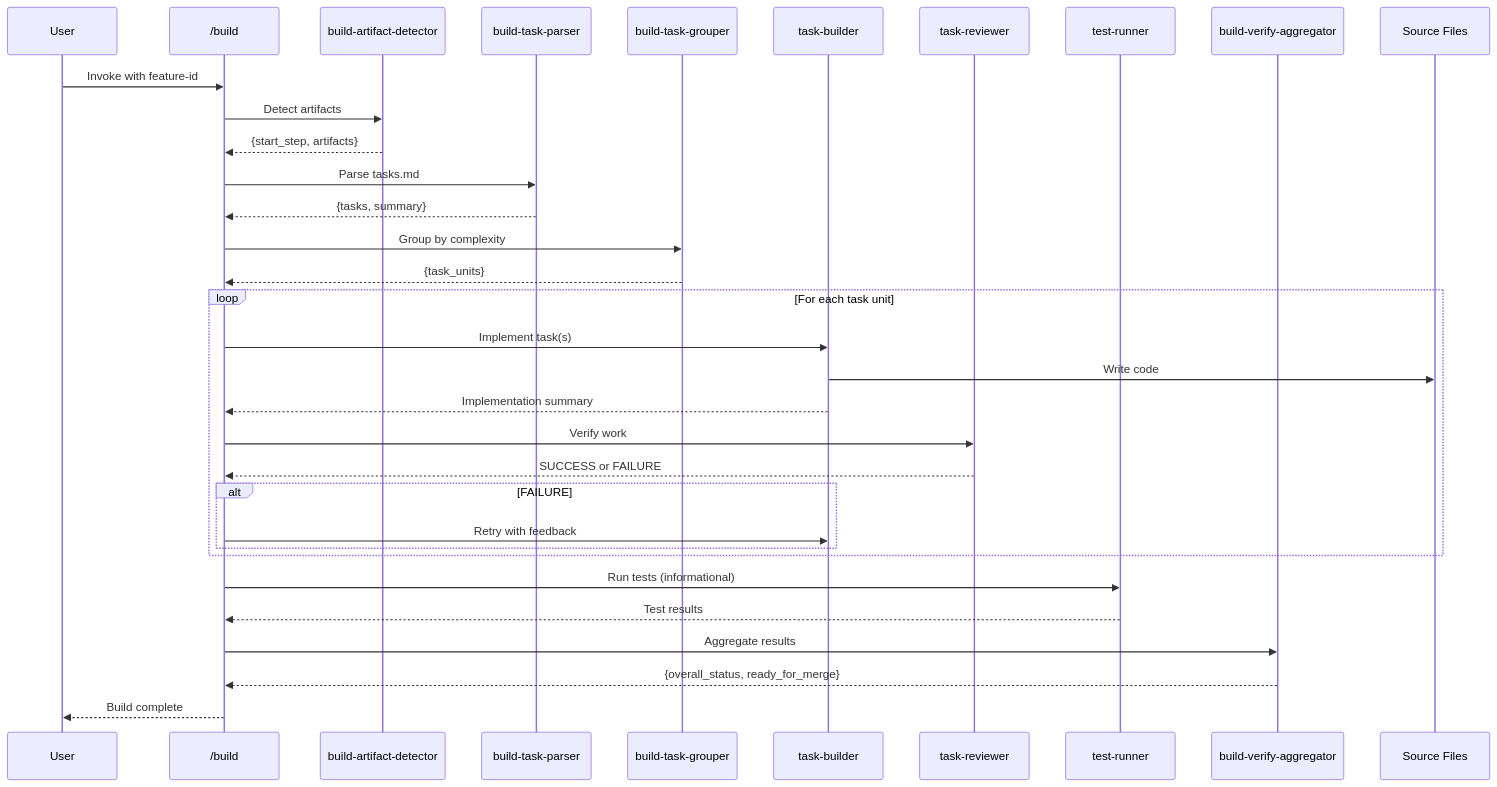
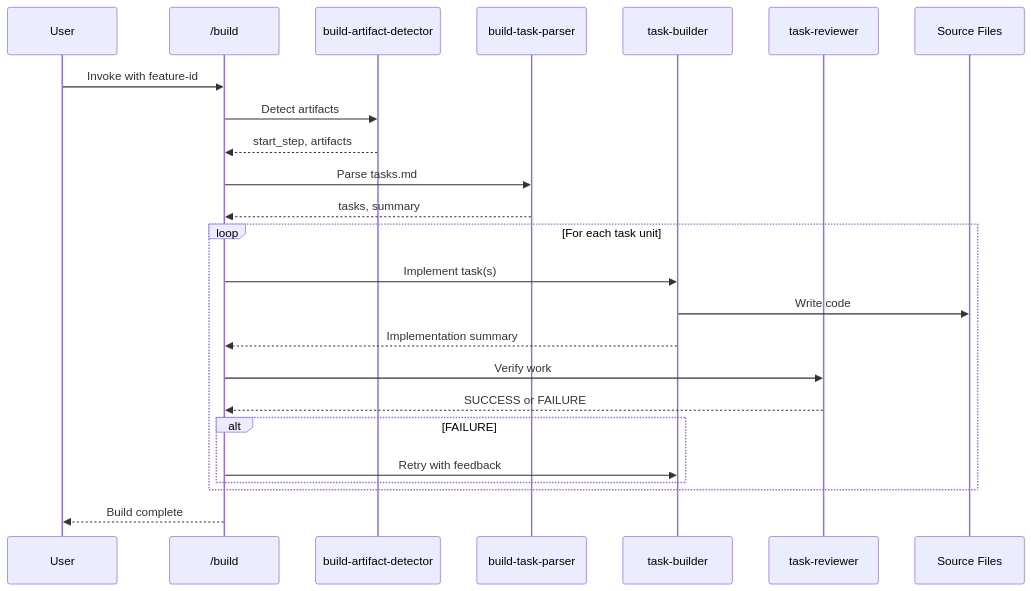
Before and after one commit to rp1-run/rp1: the third of 5 diagrams in .rp1/context/architecture.md, drawn with Mermaid. The commit also changed other lines of this file and 5 other files, not shown here.

````diff
--- a/.rp1/context/architecture.md
+++ b/.rp1/context/architecture.md
@@ -153,36 +163,27 @@
 ```mermaid
 sequenceDiagram
     participant User
     participant Build as /build
     participant ArtDet as build-artifact-detector
     participant Parser as build-task-parser
-    participant Grouper as build-task-grouper
     participant Builder as task-builder
     participant Reviewer as task-reviewer
-    participant Runner as test-runner
-    participant VerAgg as build-verify-aggregator
     participant Files as Source Files
 
     User->>Build: Invoke with feature-id
     Build->>ArtDet: Detect artifacts
-    ArtDet-->>Build: {start_step, artifacts}
+    ArtDet-->>Build: start_step, artifacts
     Build->>Parser: Parse tasks.md
-    Parser-->>Build: {tasks, summary}
-    Build->>Grouper: Group by complexity
-    Grouper-->>Build: {task_units}
+    Parser-->>Build: tasks, summary
     loop For each task unit
         Build->>Builder: Implement task(s)
         Builder->>Files: Write code
         Builder-->>Build: Implementation summary
         Build->>Reviewer: Verify work
         Reviewer-->>Build: SUCCESS or FAILURE
         alt FAILURE
             Build->>Builder: Retry with feedback
         end
     end
-    Build->>Runner: Run tests (informational)
-    Runner-->>Build: Test results
-    Build->>VerAgg: Aggregate results
-    VerAgg-->>Build: {overall_status, ready_for_merge}
     Build-->>User: Build complete
 ```
````
